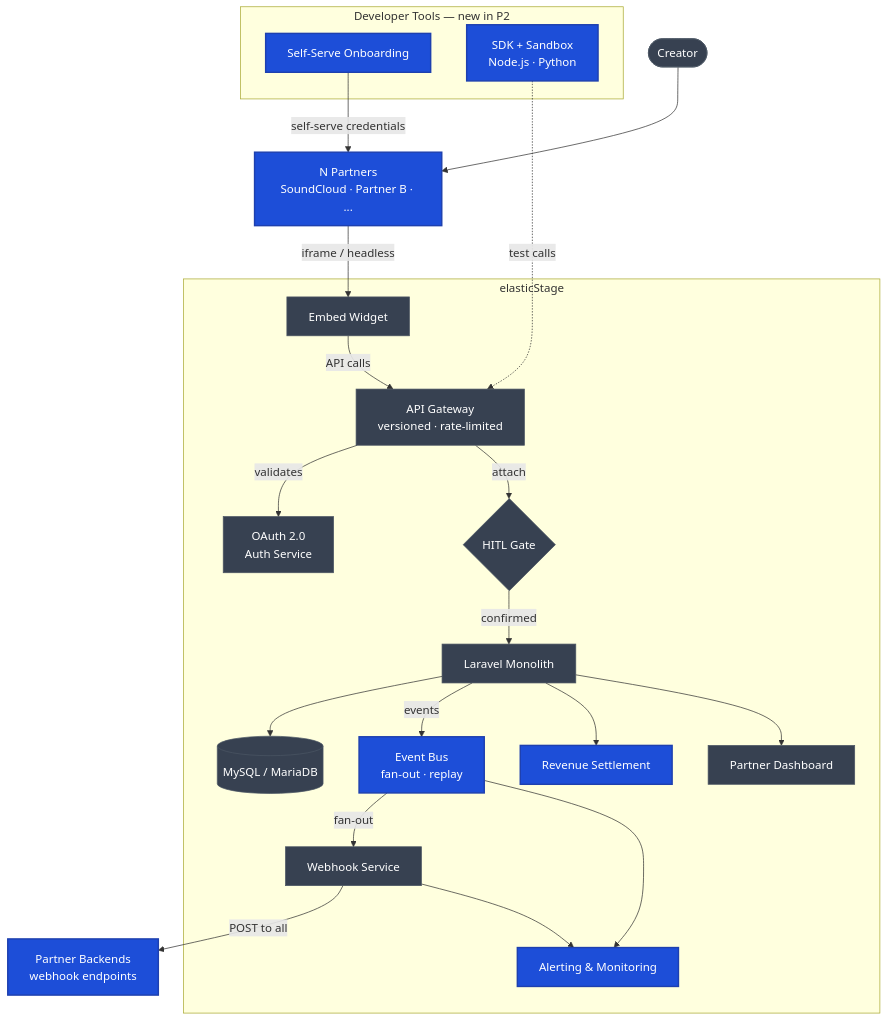
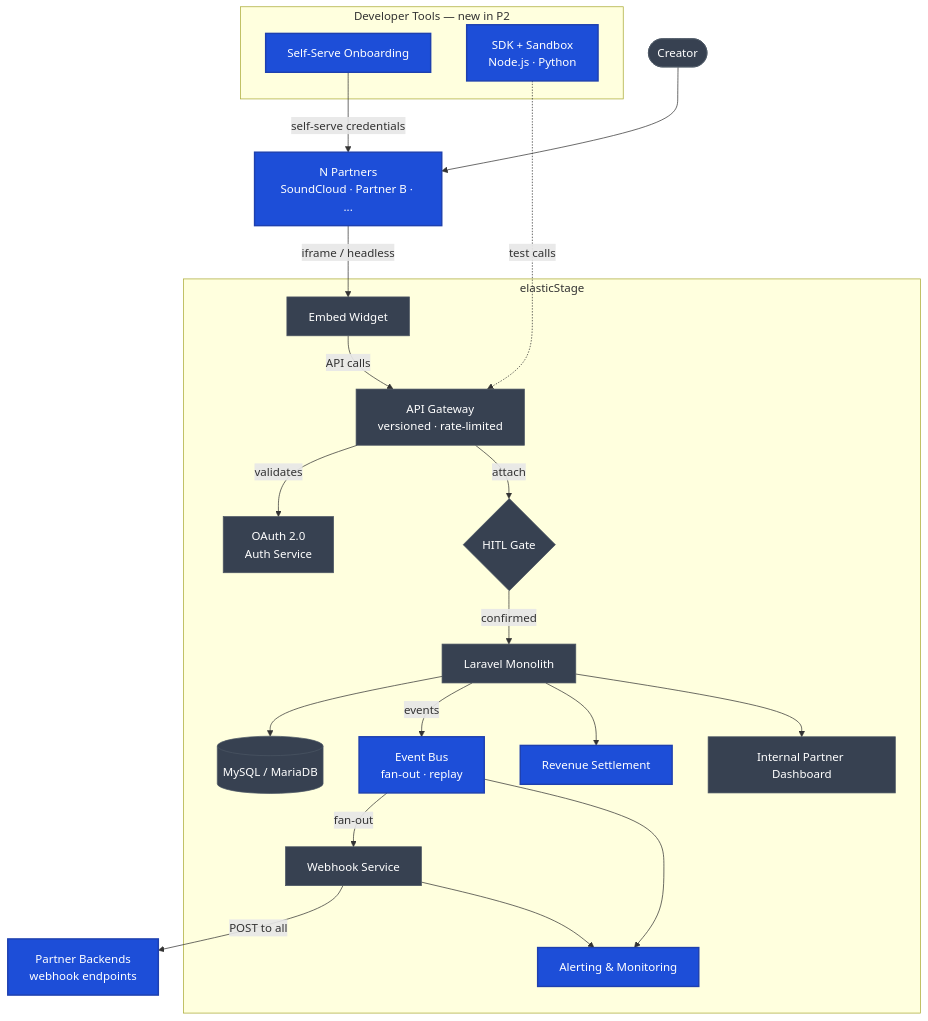
The second of 2 diagrams in README.md (dan-xie-2022/elasticstage-partner-portal), drawn with Mermaid before and after one commit. The commit also changed other lines of this file and 1 other file, not shown here.

Commit message:
Rename Partner Dashboard to Internal Partner Dashboard in P1 and P2 diagrams

````diff
--- a/README.md
+++ b/README.md
@@ -88,45 +88,45 @@
 ```mermaid
 flowchart TD
     classDef new fill:#1d4ed8,stroke:#1e40af,color:#fff,stroke-width:2px
     classDef existing fill:#374151,stroke:#4b5563,color:#fff
 
     Creator([Creator]):::existing
     Partners[N Partners\nSoundCloud · Partner B · ...]:::new
     PartnerBackends[Partner Backends\nwebhook endpoints]:::new
 
     subgraph devtools [Developer Tools — new in P2]
         Onboarding[Self-Serve Onboarding]:::new
         SDK[SDK + Sandbox\nNode.js · Python]:::new
     end
 
     subgraph elasticStage
         Widget[Embed Widget]:::existing
         GW[API Gateway\nversioned · rate-limited]:::existing
         Auth[OAuth 2.0\nAuth Service]:::existing
         HITL{HITL Gate}:::existing
         Monolith[Laravel Monolith]:::existing
         DB[(MySQL / MariaDB)]:::existing
         EventBus[Event Bus\nfan-out · replay]:::new
         WH[Webhook Service]:::existing
         Settlement[Revenue Settlement]:::new
-        Dash[Partner Dashboard]:::existing
+        Dash[Internal Partner Dashboard]:::existing
         Monitor[Alerting & Monitoring]:::new
     end
 
     Creator --> Partners
     Onboarding -->|self-serve credentials| Partners
     Partners -->|iframe / headless| Widget
     SDK -.->|test calls| GW
     Widget -->|API calls| GW
     GW -->|validates| Auth
     GW -->|attach| HITL
     HITL -->|confirmed| Monolith
     Monolith --> DB
     Monolith -->|events| EventBus
     EventBus -->|fan-out| WH
     WH -->|POST to all| PartnerBackends
     WH --> Monitor
     EventBus --> Monitor
     Monolith --> Settlement
     Monolith --> Dash
 ```
````
